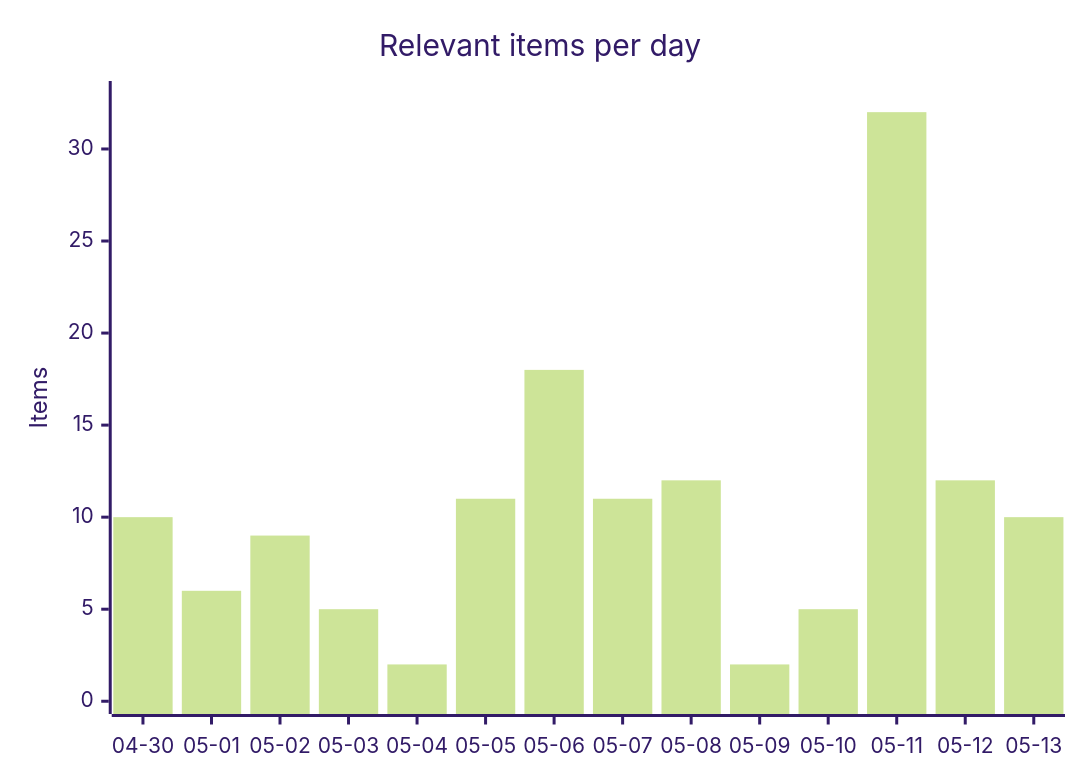
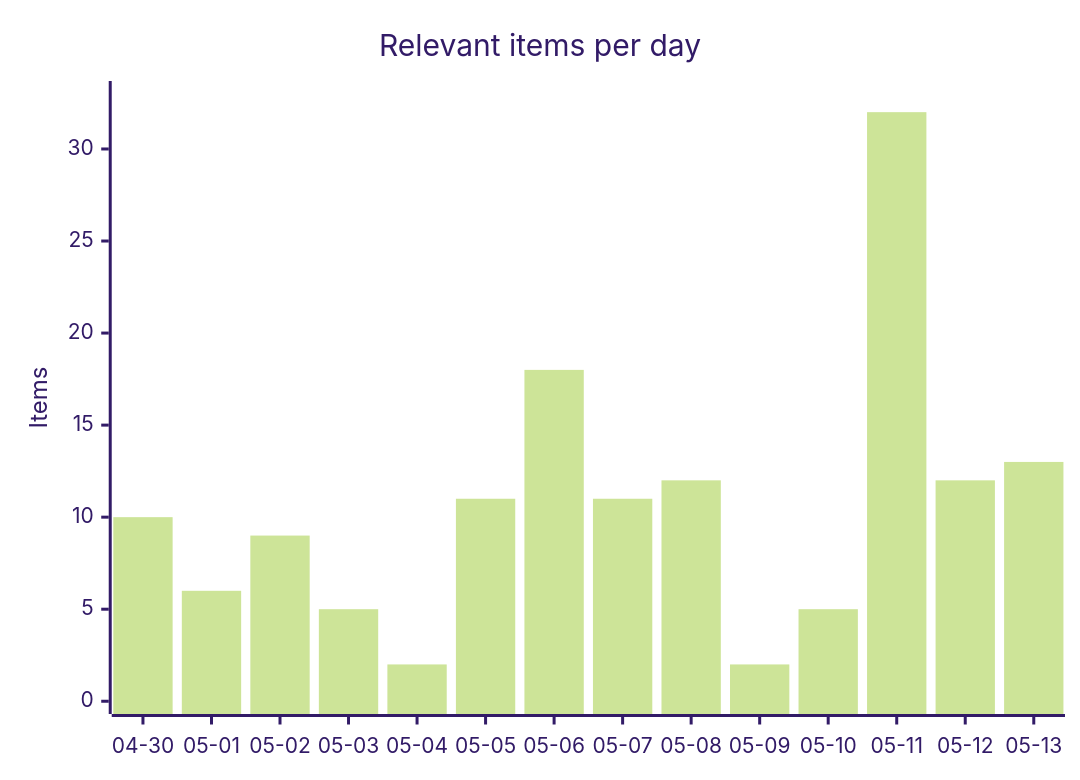
Before and after one commit to martinbalfanz/social-scanner-reports: the first of 4 diagrams in README.md, drawn with Mermaid (forest theme). The commit also changed other lines of this file and 2 other files, not shown here.

````diff
--- a/README.md
+++ b/README.md
@@ -30,7 +30,7 @@
 ```mermaid
 xychart-beta
     title "Relevant items per day"
     x-axis ["04-30", "05-01", "05-02", "05-03", "05-04", "05-05", "05-06", "05-07", "05-08", "05-09", "05-10", "05-11", "05-12", "05-13"]
     y-axis "Items" 0 --> 33
-    bar [10, 6, 9, 5, 2, 11, 18, 11, 12, 2, 5, 32, 12, 10]
+    bar [10, 6, 9, 5, 2, 11, 18, 11, 12, 2, 5, 32, 12, 13]
 ```
````
